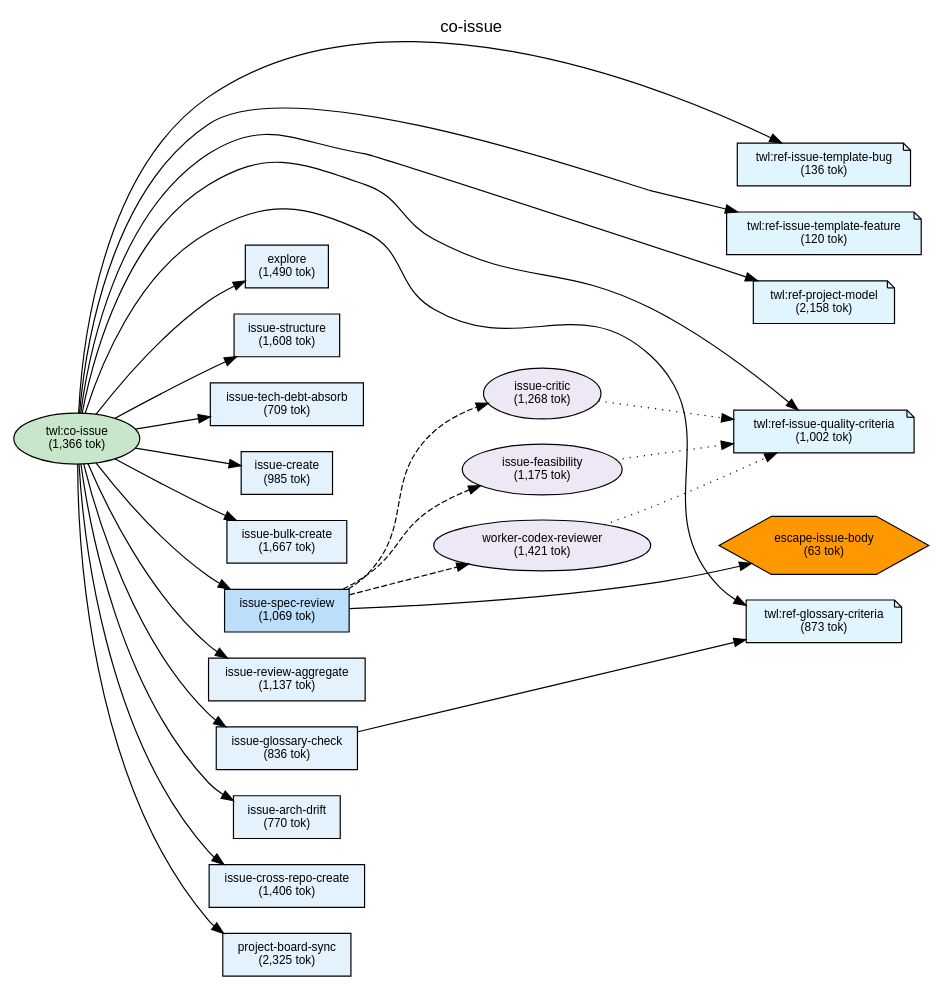
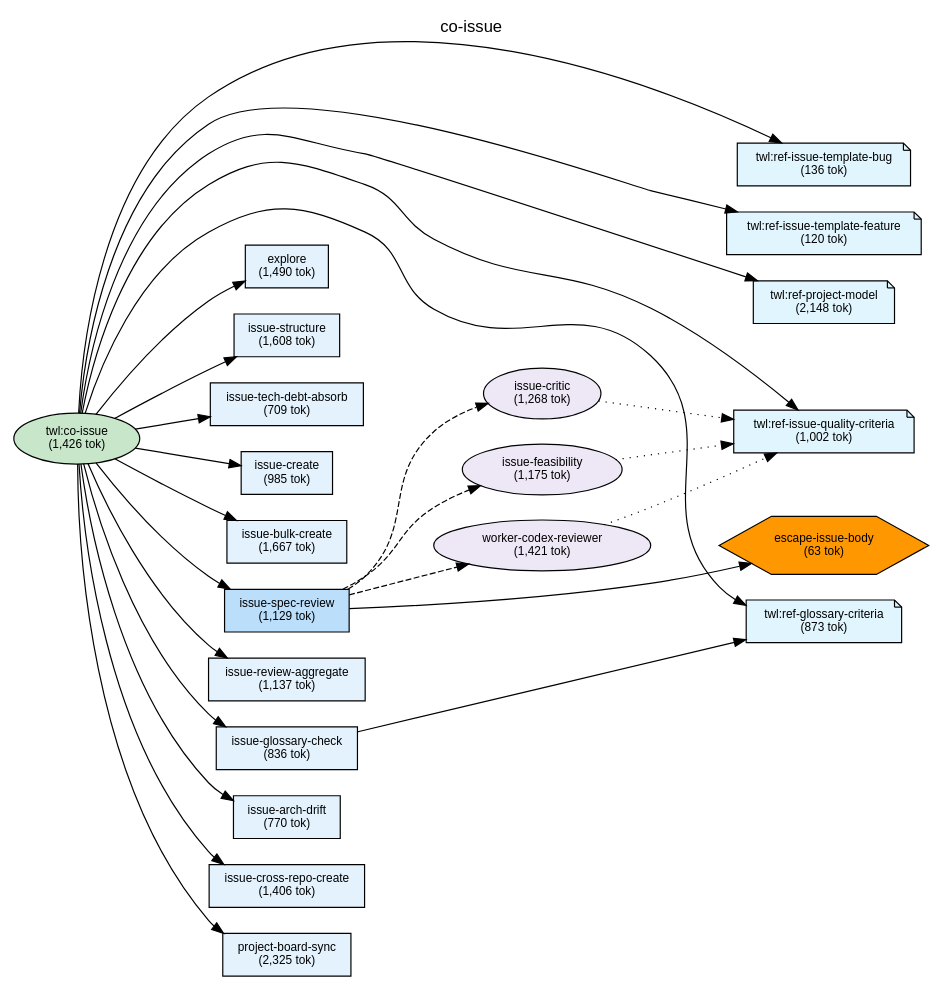
One commit to shuu5/twill changed the diagram in plugins/twl/docs/deps-co-issue.dot. Above: the diagram before and after it, drawn with Graphviz. The commit also changed 23 other files, not shown here.

```diff
--- a/plugins/twl/docs/deps-co-issue.dot
+++ b/plugins/twl/docs/deps-co-issue.dot
@@ -1,105 +1,105 @@
 digraph Dependencies {
     // Graph settings
     rankdir=LR;
     ranksep=0.8;
     nodesep=0.3;
     fontname="Helvetica";
     node [fontname="Helvetica", fontsize=10];
     edge [fontname="Helvetica", fontsize=9];
     label="co-issue";
     labelloc=t;
     fontsize=14;
 
     // L0: Controller Skills
-    skill_co_issue [label="twl:co-issue\n(1,366 tok)", shape=ellipse, style=filled, fillcolor="#c8e6c9"];
+    skill_co_issue [label="twl:co-issue\n(1,426 tok)", shape=ellipse, style=filled, fillcolor="#c8e6c9"];
 
     // L0: Launchers
 
     // L0.5: Workflow Skills
 
     // Reference Skills
     skill_ref_issue_template_bug [label="twl:ref-issue-template-bug\n(136 tok)", shape=note, style=filled, fillcolor="#e1f5fe"];
     skill_ref_issue_template_feature [label="twl:ref-issue-template-feature\n(120 tok)", shape=note, style=filled, fillcolor="#e1f5fe"];
-    skill_ref_project_model [label="twl:ref-project-model\n(2,158 tok)", shape=note, style=filled, fillcolor="#e1f5fe"];
+    skill_ref_project_model [label="twl:ref-project-model\n(2,148 tok)", shape=note, style=filled, fillcolor="#e1f5fe"];
     skill_ref_issue_quality_criteria [label="twl:ref-issue-quality-criteria\n(1,002 tok)", shape=note, style=filled, fillcolor="#e1f5fe"];
     skill_ref_glossary_criteria [label="twl:ref-glossary-criteria\n(873 tok)", shape=note, style=filled, fillcolor="#e1f5fe"];
 
     // L1: Direct Commands
     cmd_issue_structure [label="issue-structure\n(1,608 tok)", shape=box, style=filled, fillcolor="#e3f2fd"];
     cmd_issue_create [label="issue-create\n(985 tok)", shape=box, style=filled, fillcolor="#e3f2fd"];
     cmd_issue_bulk_create [label="issue-bulk-create\n(1,667 tok)", shape=box, style=filled, fillcolor="#e3f2fd"];
     cmd_issue_tech_debt_absorb [label="issue-tech-debt-absorb\n(709 tok)", shape=box, style=filled, fillcolor="#e3f2fd"];
-    cmd_issue_spec_review [label="issue-spec-review\n(1,069 tok)", shape=box, style=filled, fillcolor="#bbdefb"];
+    cmd_issue_spec_review [label="issue-spec-review\n(1,129 tok)", shape=box, style=filled, fillcolor="#bbdefb"];
     cmd_issue_review_aggregate [label="issue-review-aggregate\n(1,137 tok)", shape=box, style=filled, fillcolor="#e3f2fd"];
     cmd_issue_glossary_check [label="issue-glossary-check\n(836 tok)", shape=box, style=filled, fillcolor="#e3f2fd"];
     cmd_issue_arch_drift [label="issue-arch-drift\n(770 tok)", shape=box, style=filled, fillcolor="#e3f2fd"];
     cmd_issue_cross_repo_create [label="issue-cross-repo-create\n(1,406 tok)", shape=box, style=filled, fillcolor="#e3f2fd"];
     cmd_project_board_sync [label="project-board-sync\n(2,325 tok)", shape=box, style=filled, fillcolor="#e3f2fd"];
     cmd_explore [label="explore\n(1,490 tok)", shape=box, style=filled, fillcolor="#e3f2fd"];
 
     // L2: Sub Commands
 
     // L3: Agents
     agent_issue_critic [label="issue-critic\n(1,268 tok)", shape=ellipse, style=filled, fillcolor="#ede7f6"];
     agent_issue_feasibility [label="issue-feasibility\n(1,175 tok)", shape=ellipse, style=filled, fillcolor="#ede7f6"];
     agent_worker_codex_reviewer [label="worker-codex-reviewer\n(1,421 tok)", shape=ellipse, style=filled, fillcolor="#ede7f6"];
 
     // L3.5: Scripts
     script_escape_issue_body [label="escape-issue-body\n(63 tok)", shape=hexagon, style=filled, fillcolor="#FF9800"];
 
     // L4: External
 
     // Layer constraints
     { rank=same; skill_co_issue; }
     { rank=same; skill_ref_issue_template_bug; skill_ref_issue_template_feature; skill_ref_project_model; skill_ref_issue_quality_criteria; skill_ref_glossary_criteria; }
     { rank=same; cmd_issue_structure; cmd_issue_create; cmd_issue_bulk_create; cmd_issue_tech_debt_absorb; cmd_issue_spec_review; cmd_issue_review_aggregate; cmd_issue_glossary_check; cmd_issue_arch_drift; cmd_issue_cross_repo_create; cmd_project_board_sync; cmd_explore; }
     { rank=same; agent_issue_critic; agent_issue_feasibility; agent_worker_codex_reviewer; }
     { rank=same; script_escape_issue_body; }
 
     // Edges
     skill_co_issue -> cmd_explore;
     skill_co_issue -> cmd_issue_structure;
     skill_co_issue -> cmd_issue_tech_debt_absorb;
     skill_co_issue -> cmd_issue_create;
     skill_co_issue -> cmd_issue_bulk_create;
     skill_co_issue -> cmd_issue_spec_review;
     skill_co_issue -> cmd_issue_review_aggregate;
     skill_co_issue -> cmd_issue_glossary_check;
     skill_co_issue -> cmd_issue_arch_drift;
     skill_co_issue -> cmd_issue_cross_repo_create;
     skill_co_issue -> cmd_project_board_sync;
     skill_co_issue -> skill_ref_issue_template_bug;
     skill_co_issue -> skill_ref_issue_template_feature;
     skill_co_issue -> skill_ref_project_model;
     skill_co_issue -> skill_ref_issue_quality_criteria;
     skill_co_issue -> skill_ref_glossary_criteria;
     cmd_issue_spec_review -> agent_issue_critic [style=dashed];
     cmd_issue_spec_review -> agent_issue_feasibility [style=dashed];
     cmd_issue_spec_review -> agent_worker_codex_reviewer [style=dashed];
     cmd_issue_spec_review -> script_escape_issue_body;
     cmd_issue_glossary_check -> skill_ref_glossary_criteria;
     agent_issue_critic -> skill_ref_issue_quality_criteria [style=dotted];
     agent_issue_feasibility -> skill_ref_issue_quality_criteria [style=dotted];
     agent_worker_codex_reviewer -> skill_ref_issue_quality_criteria [style=dotted];
 
     // Ordering constraints (invisible edges)
     cmd_explore -> cmd_issue_structure [style=invis, weight=10];
     cmd_issue_structure -> cmd_issue_tech_debt_absorb [style=invis, weight=10];
     cmd_issue_tech_debt_absorb -> cmd_issue_create [style=invis, weight=10];
     cmd_issue_create -> cmd_issue_bulk_create [style=invis, weight=10];
     cmd_issue_bulk_create -> cmd_issue_spec_review [style=invis, weight=10];
     cmd_issue_spec_review -> cmd_issue_review_aggregate [style=invis, weight=10];
     cmd_issue_review_aggregate -> cmd_issue_glossary_check [style=invis, weight=10];
     cmd_issue_glossary_check -> cmd_issue_arch_drift [style=invis, weight=10];
     cmd_issue_arch_drift -> cmd_issue_cross_repo_create [style=invis, weight=10];
     cmd_issue_cross_repo_create -> cmd_project_board_sync [style=invis, weight=10];
     cmd_project_board_sync -> skill_ref_issue_template_bug [style=invis, weight=10];
     skill_ref_issue_template_bug -> skill_ref_issue_template_feature [style=invis, weight=10];
     skill_ref_issue_template_feature -> skill_ref_project_model [style=invis, weight=10];
     skill_ref_project_model -> skill_ref_issue_quality_criteria [style=invis, weight=10];
     skill_ref_issue_quality_criteria -> skill_ref_glossary_criteria [style=invis, weight=10];
     agent_issue_critic -> agent_issue_feasibility [style=invis, weight=10];
     agent_issue_feasibility -> agent_worker_codex_reviewer [style=invis, weight=10];
     agent_worker_codex_reviewer -> script_escape_issue_body [style=invis, weight=10];
 
 }
```
